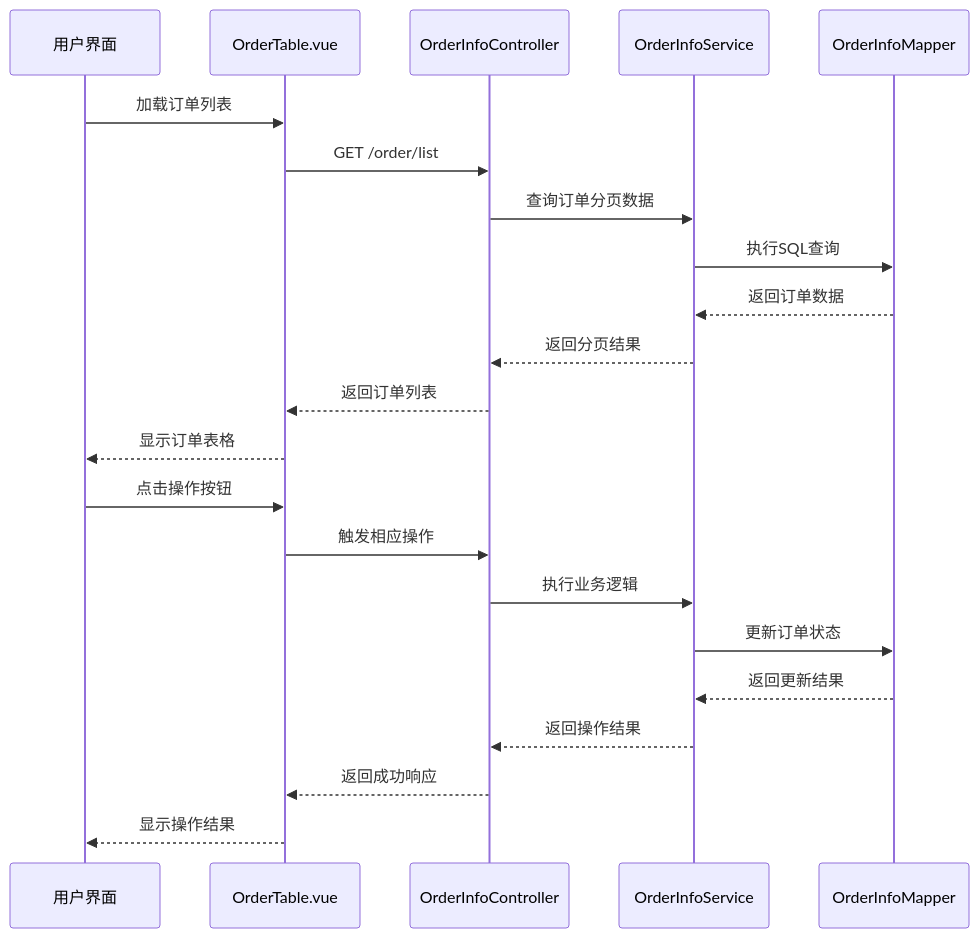
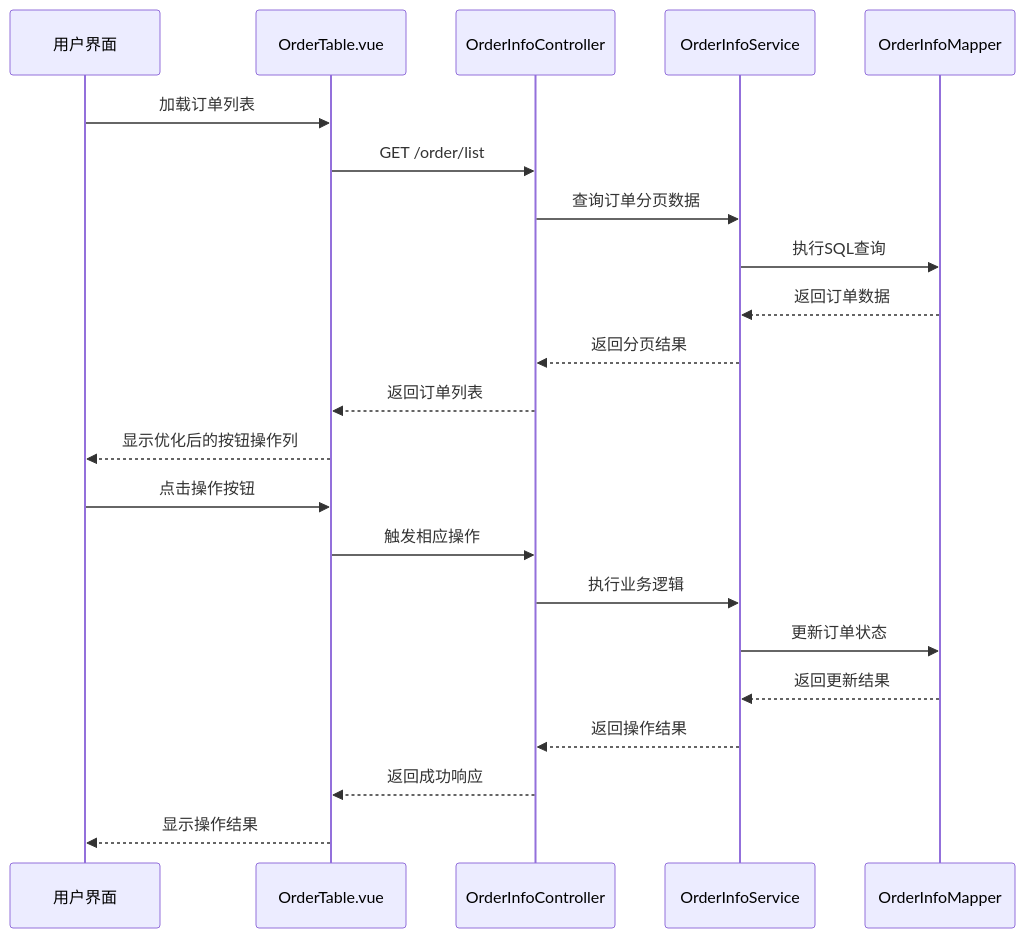
One commit to xiaoche80s-tech/rouyi-vue-pro changed the fifth of 9 diagrams in .qoder/repowiki/zh/content/核心模块/运营中心模块/订单管理模块.md. Above: the diagram before and after it, drawn with Mermaid. The commit also changed other lines of this file and 158 other files, not shown here.

````diff
--- a/.qoder/repowiki/zh/content/核心模块/运营中心模块/订单管理模块.md
+++ b/.qoder/repowiki/zh/content/核心模块/运营中心模块/订单管理模块.md
@@ -338,24 +345,24 @@
 ```mermaid
 sequenceDiagram
 participant 用户 as 用户界面
 participant 表格 as OrderTable.vue
 participant 控制器 as OrderInfoController
 participant 服务层 as OrderInfoService
 participant 数据库 as OrderInfoMapper
 用户->>表格 : 加载订单列表
 表格->>控制器 : GET /order/list
 控制器->>服务层 : 查询订单分页数据
 服务层->>数据库 : 执行SQL查询
 数据库-->>服务层 : 返回订单数据
 服务层-->>控制器 : 返回分页结果
 控制器-->>表格 : 返回订单列表
-表格-->>用户 : 显示订单表格
+表格-->>用户 : 显示优化后的按钮操作列
 用户->>表格 : 点击操作按钮
 表格->>控制器 : 触发相应操作
 控制器->>服务层 : 执行业务逻辑
 服务层->>数据库 : 更新订单状态
 数据库-->>服务层 : 返回更新结果
 服务层-->>控制器 : 返回操作结果
 控制器-->>表格 : 返回成功响应
 表格-->>用户 : 显示操作结果
 ```
````
